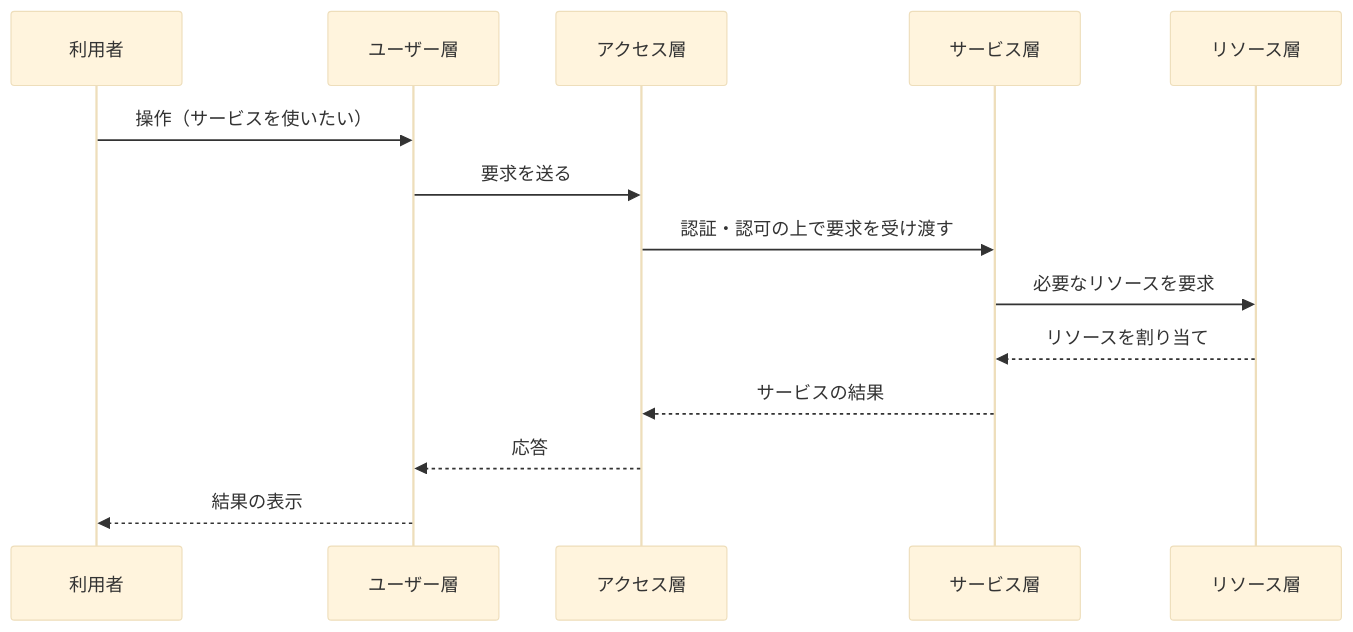
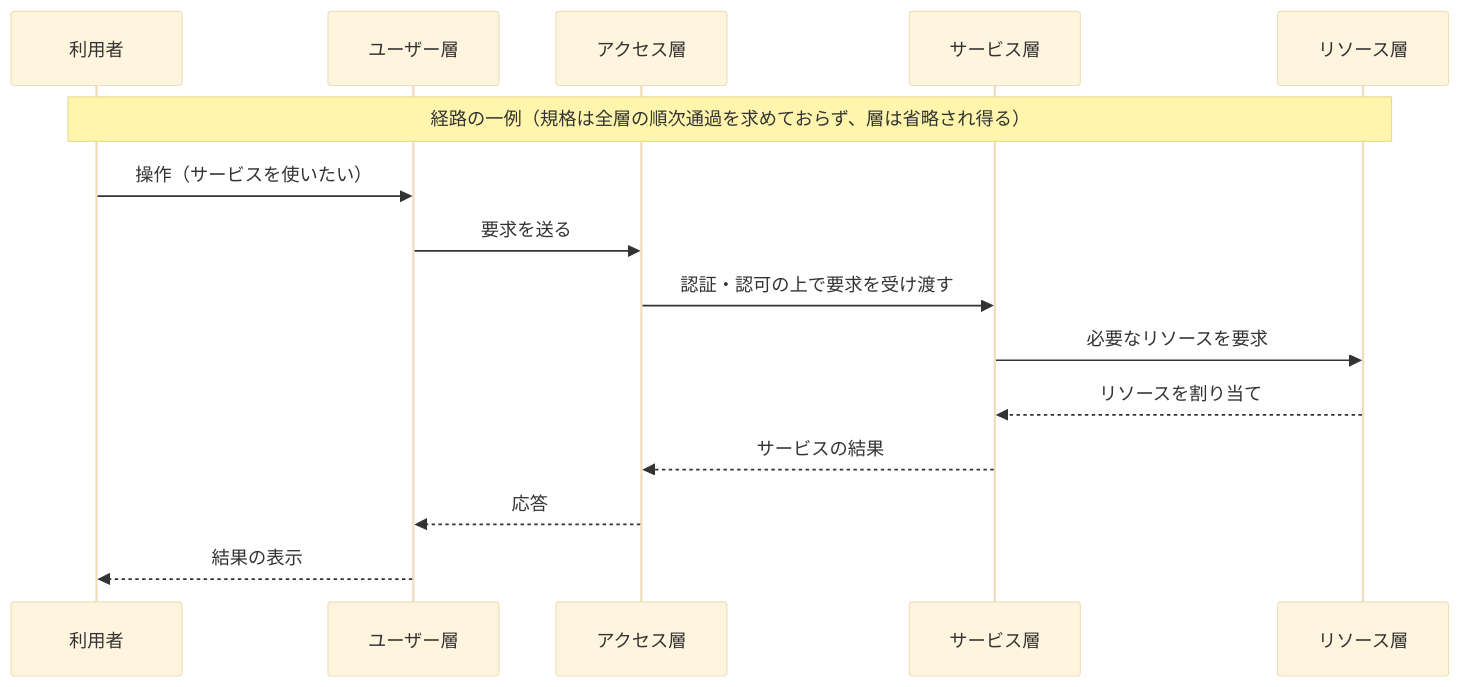
Before and after one commit to myoshi2891/Cloud-Infrastructure-and-Network-Studies: diagram 11 of 20 in Iso-iec-22123-3-2023-guide.md, drawn with Mermaid (base theme). The commit also changed other lines of this file and 5 other files, not shown here.

````diff
--- a/Iso-iec-22123-3-2023-guide.md
+++ b/Iso-iec-22123-3-2023-guide.md
@@ -413,17 +415,18 @@
 ```mermaid
 sequenceDiagram
     participant U as 利用者
     participant UL as ユーザー層
     participant AL as アクセス層
     participant SL as サービス層
     participant RL as リソース層
 
+    Note over U,RL: 経路の一例（規格は全層の順次通過を求めておらず、層は省略され得る）
     U->>UL: 操作（サービスを使いたい）
     UL->>AL: 要求を送る
     AL->>SL: 認証・認可の上で要求を受け渡す
     SL->>RL: 必要なリソースを要求
     RL-->>SL: リソースを割り当て
     SL-->>AL: サービスの結果
     AL-->>UL: 応答
     UL-->>U: 結果の表示
 ```
````
